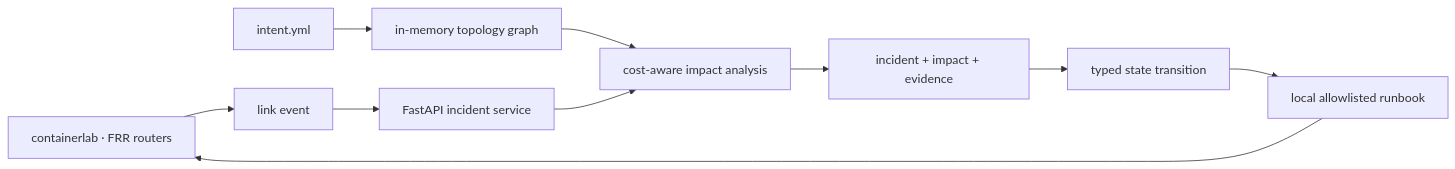
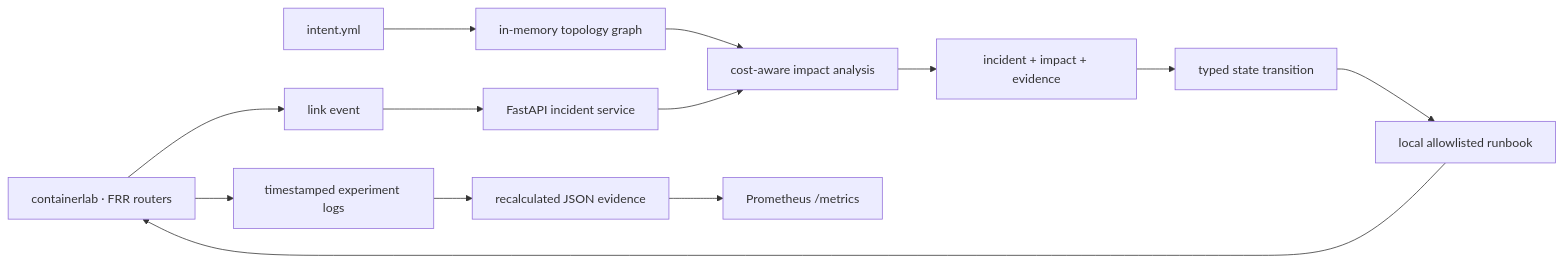
Before and after one commit to teriyakki-jin/telconet-sentinel: the first of 2 diagrams in docs/ARCHITECTURE.md, drawn with Mermaid. The commit also changed other lines of this file and 22 other files, not shown here.

````diff
--- a/docs/ARCHITECTURE.md
+++ b/docs/ARCHITECTURE.md
@@ -7,12 +7,15 @@
 ```mermaid
 flowchart LR
     CLAB["containerlab · FRR routers"] --> EVENT["link event"]
     EVENT --> API["FastAPI incident service"]
     INTENT["intent.yml"] --> GRAPH["in-memory topology graph"]
     GRAPH --> IMPACT["cost-aware impact analysis"]
     API --> IMPACT
     IMPACT --> INCIDENT["incident + impact + evidence"]
     INCIDENT --> APPROVAL["typed state transition"]
     APPROVAL --> RUNBOOK["local allowlisted runbook"]
     RUNBOOK --> CLAB
+    CLAB --> RAW["timestamped experiment logs"]
+    RAW --> EVIDENCE["recalculated JSON evidence"]
+    EVIDENCE --> METRICS["Prometheus /metrics"]
 ```
````
